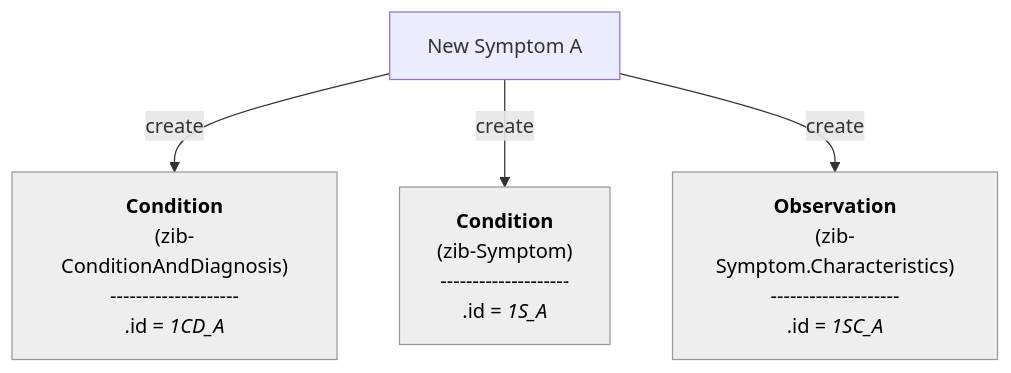
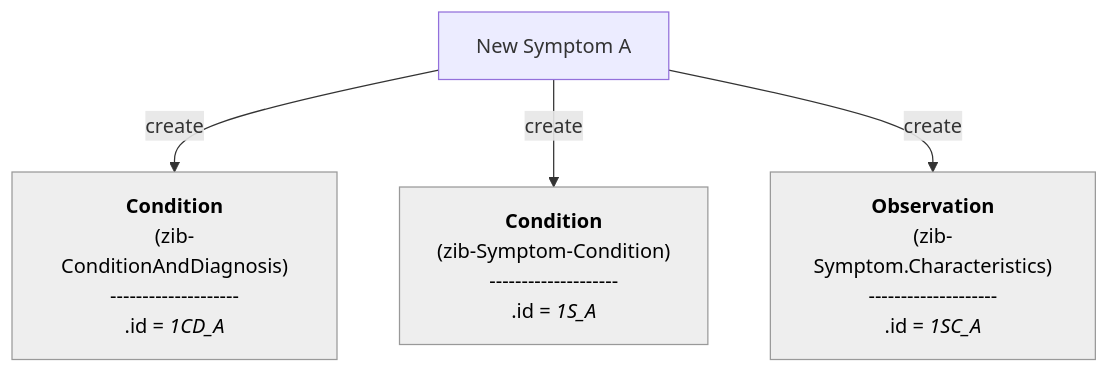
One commit to Nictiz/Nictiz-R4-zib2024 changed the fifth of 27 diagrams in documentation/Condition-Diagnosis-Symptom.md. Above: the diagram before and after it, drawn with Mermaid. The commit also changed other lines of this file, not shown here.

Commit message:
Added changes regarding symptom as an Observation

````diff
--- a/documentation/Condition-Diagnosis-Symptom.md
+++ b/documentation/Condition-Diagnosis-Symptom.md
@@ -283,29 +331,29 @@
 ```mermaid
 flowchart TB
 
 NewSymptom_A["`New Symptom A`"]
 
     CD_A["`**Condition**
         (zib-ConditionAndDiagnosis)
         --------------------
         .id = _1CD_A_`"] 
 
     S_A["`**Condition**
-        (zib-Symptom)
+        (zib-Symptom-Condition)
         --------------------
         .id = _1S_A_`"]
 
     SC_A["`**Observation**
         (zib-Symptom.Characteristics)
         --------------------
         .id = _1SC_A_`"]    
 
     CD_A:::Ash
     S_A:::Ash
     SC_A:::Ash
     classDef Ash stroke-width:1px, stroke-dasharray:none, stroke:#999999, fill:#EEEEEE, color:#000000 
 
 NewSymptom_A -- create --> CD_A
 NewSymptom_A -- create --> S_A
 NewSymptom_A -- create --> SC_A
 ```
````
